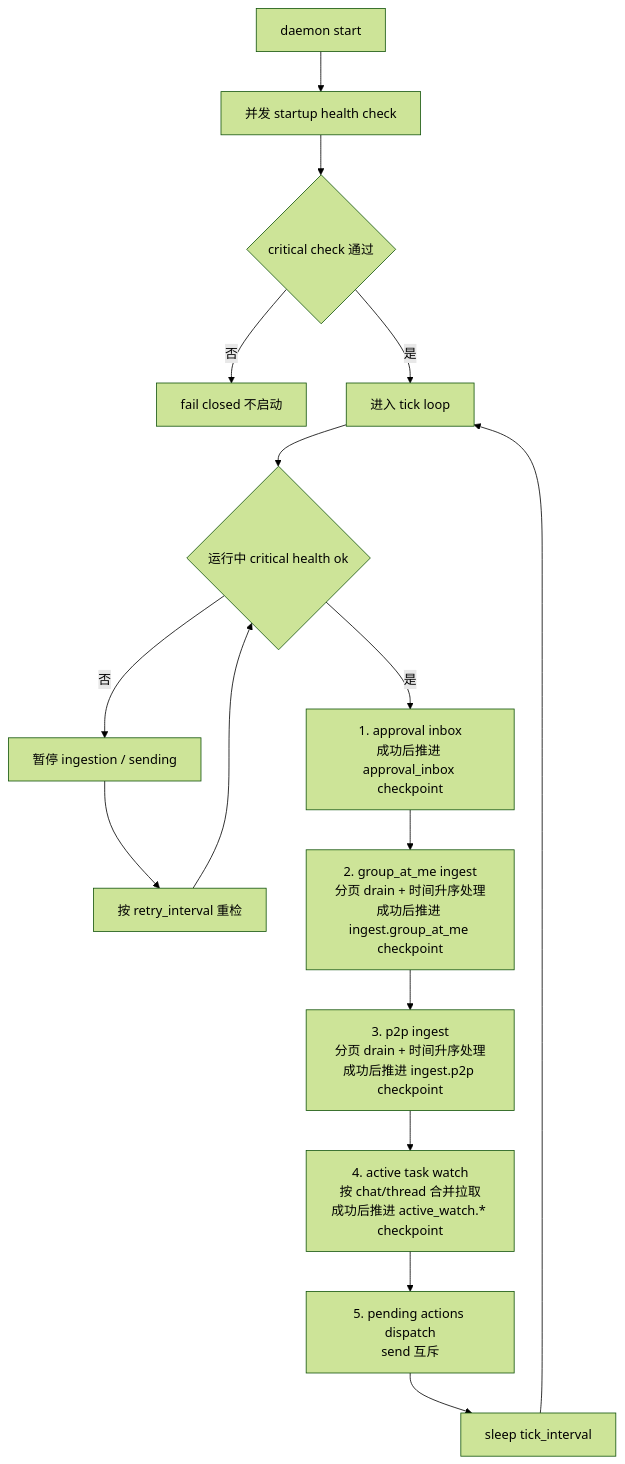
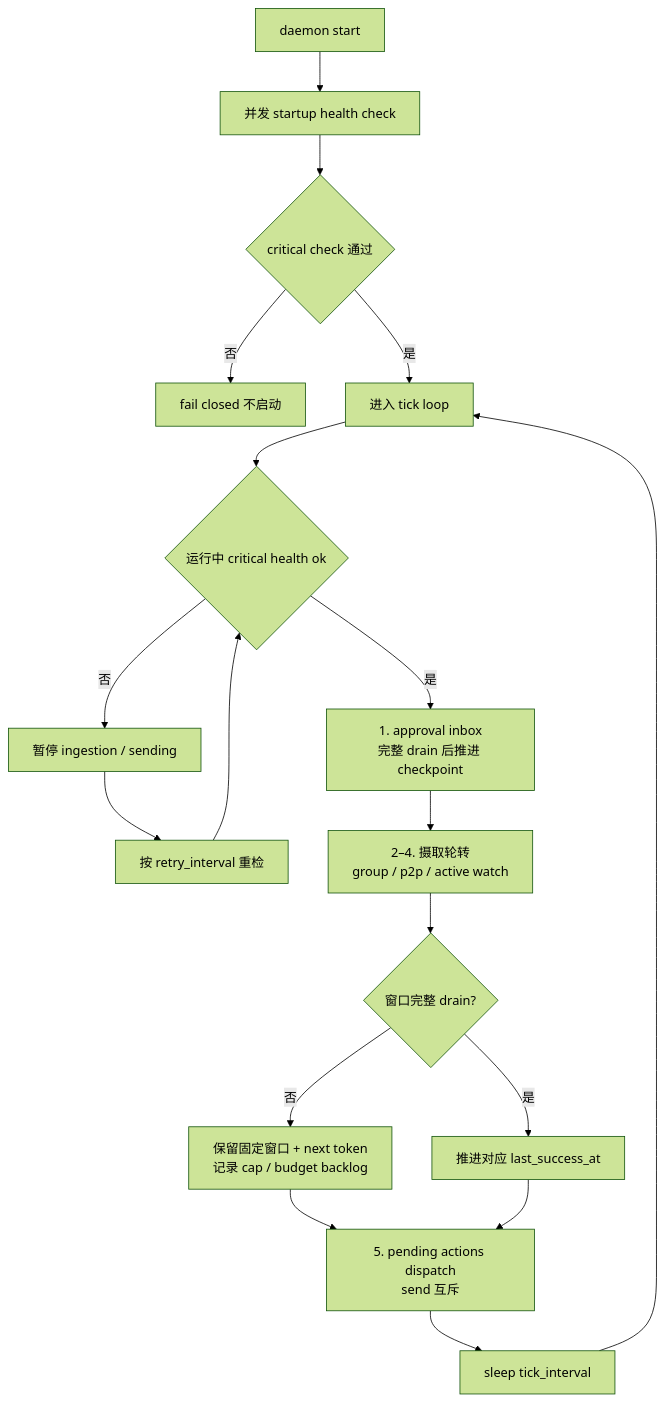
The second of 7 diagrams in docs/specs/feishu-shadow-agent-flows.md (wufei-png/feishu-shadow-agent), drawn with Mermaid (forest theme) before and after one commit. The commit also changed 20 other files, not shown here.

````diff
--- a/docs/specs/feishu-shadow-agent-flows.md
+++ b/docs/specs/feishu-shadow-agent-flows.md
@@ -76,20 +76,22 @@
 ```mermaid
 flowchart TD
   Start["daemon start"] --> StartupHealth["并发 startup health check"]
   StartupHealth --> HealthOK{"critical check 通过"}
   HealthOK -->|否| FailClosed["fail closed 不启动"]
   HealthOK -->|是| Loop["进入 tick loop"]
 
   Loop --> RuntimeHealth{"运行中 critical health ok"}
   RuntimeHealth -->|否| Pause["暂停 ingestion / sending"]
   Pause --> Recheck["按 retry_interval 重检"]
   Recheck --> RuntimeHealth
 
-  RuntimeHealth -->|是| ApprovalInbox["1. approval inbox<br/>成功后推进 approval_inbox checkpoint"]
-  ApprovalInbox --> GroupIngest["2. group_at_me ingest<br/>分页 drain + 时间升序处理<br/>成功后推进 ingest.group_at_me checkpoint"]
-  GroupIngest --> P2PIngest["3. p2p ingest<br/>分页 drain + 时间升序处理<br/>成功后推进 ingest.p2p checkpoint"]
-  P2PIngest --> ActiveWatch["4. active task watch<br/>按 chat/thread 合并拉取<br/>成功后推进 active_watch.* checkpoint"]
-  ActiveWatch --> Dispatch["5. pending actions dispatch<br/>send 互斥"]
+  RuntimeHealth -->|是| ApprovalInbox["1. approval inbox<br/>完整 drain 后推进 checkpoint"]
+  ApprovalInbox --> IngestScheduler["2–4. 摄取轮转<br/>group / p2p / active watch"]
+  IngestScheduler --> Backlog{"窗口完整 drain?"}
+  Backlog -->|否| Defer["保留固定窗口 + next token<br/>记录 cap / budget backlog"]
+  Backlog -->|是| Advance["推进对应 last_success_at"]
+  Defer --> Dispatch["5. pending actions dispatch<br/>send 互斥"]
+  Advance --> Dispatch
   Dispatch --> Sleep["sleep tick_interval"]
   Sleep --> Loop
 ```
````
